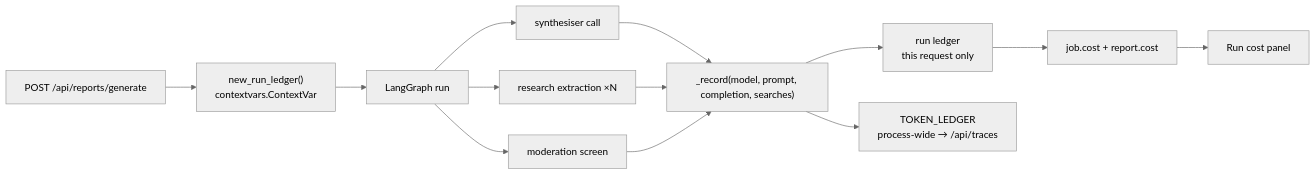
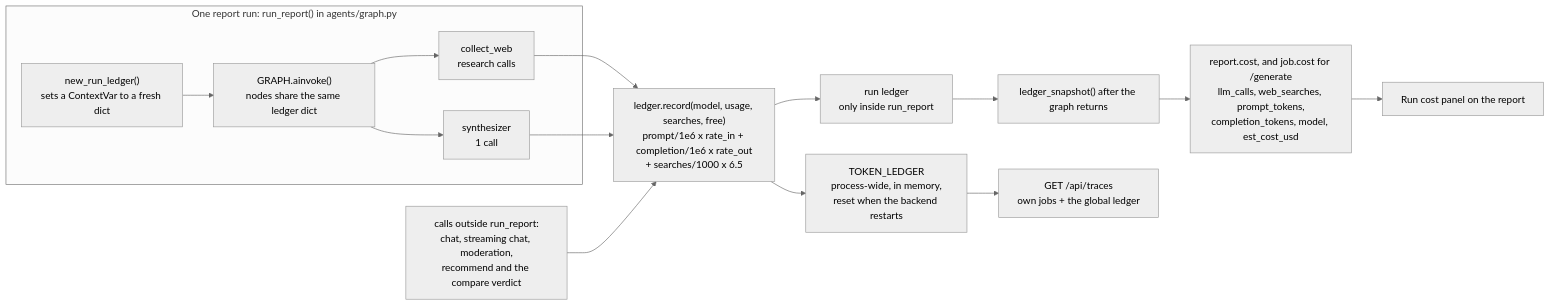
The diagram in project/diagrams/cost-ledger.mmd (Pranay0083/LocalIQ), drawn with Mermaid (neutral theme) before and after one commit. The commit also changed 79 other files, not shown here.

First line of the commit message:
Rewrite project docs, diagrams and screenshots against the code

```diff
--- a/project/diagrams/cost-ledger.mmd
+++ b/project/diagrams/cost-ledger.mmd
@@ -1,10 +1,17 @@
 flowchart LR
-    R["POST /api/reports/generate"] --> N["new_run_ledger()<br/>contextvars.ContextVar"]
-    N --> G["LangGraph run"]
-    G --> C1["synthesiser call"] --> REC["_record(model, prompt, completion, searches)"]
-    G --> C2["research extraction ×N"] --> REC
-    G --> C3["moderation screen"] --> REC
-    REC --> RL["run ledger<br/>this request only"]
-    REC --> GL["TOKEN_LEDGER<br/>process-wide → /api/traces"]
-    RL --> W["job.cost + report.cost"]
-    W --> UI["Run cost panel"]
+    subgraph RUN["One report run: run_report() in agents/graph.py"]
+        N["new_run_ledger()<br/>sets a ContextVar to a fresh dict"] --> G["GRAPH.ainvoke()<br/>nodes share the same ledger dict"]
+        G --> W["collect_web<br/>research calls"]
+        G --> S["synthesizer<br/>1 call"]
+    end
+    OUT["calls outside run_report:<br/>chat, streaming chat, moderation,<br/>recommend and the compare verdict"]
+
+    W --> R["ledger.record(model, usage, searches, free)<br/>prompt/1e6 x rate_in + completion/1e6 x rate_out<br/>+ searches/1000 x 6.5"]
+    S --> R
+    OUT --> R
+    R --> RL["run ledger<br/>only inside run_report"]
+    R --> GL["TOKEN_LEDGER<br/>process-wide, in memory,<br/>reset when the backend restarts"]
+    RL --> SNAP["ledger_snapshot() after the graph returns"]
+    SNAP --> COST["report.cost, and job.cost for /generate<br/>llm_calls, web_searches, prompt_tokens,<br/>completion_tokens, model, est_cost_usd"]
+    COST --> UI["Run cost panel on the report"]
+    GL --> TR["GET /api/traces<br/>own jobs + the global ledger"]
```
